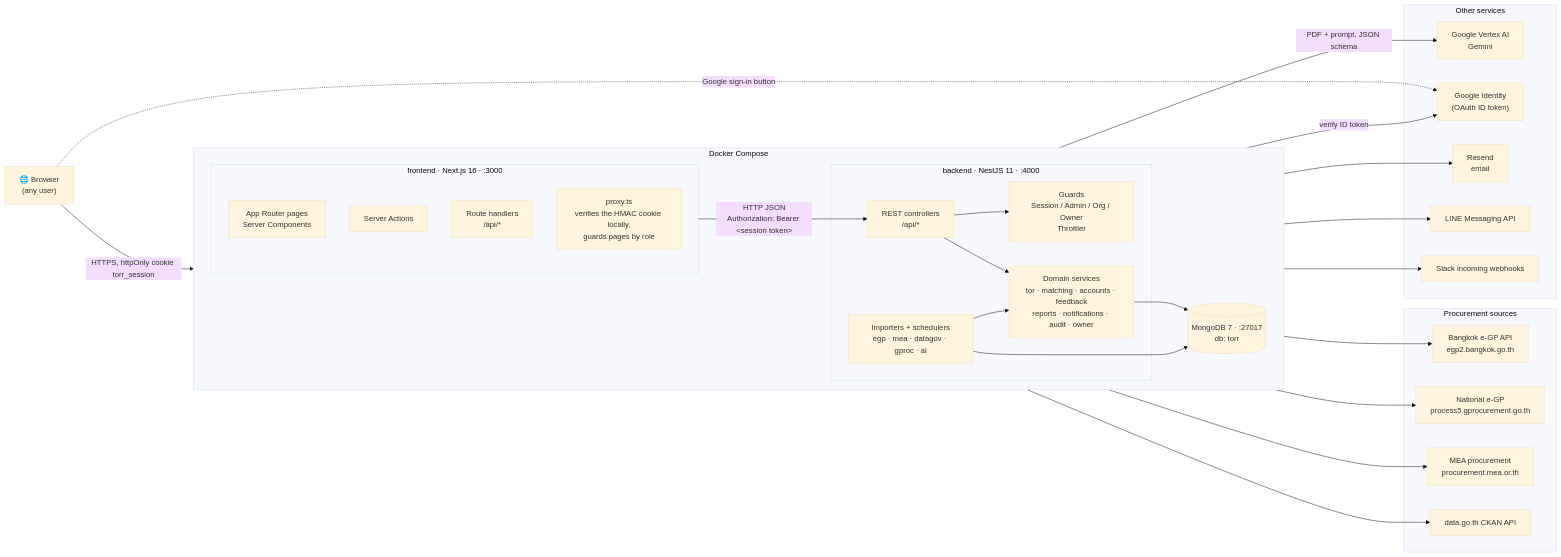
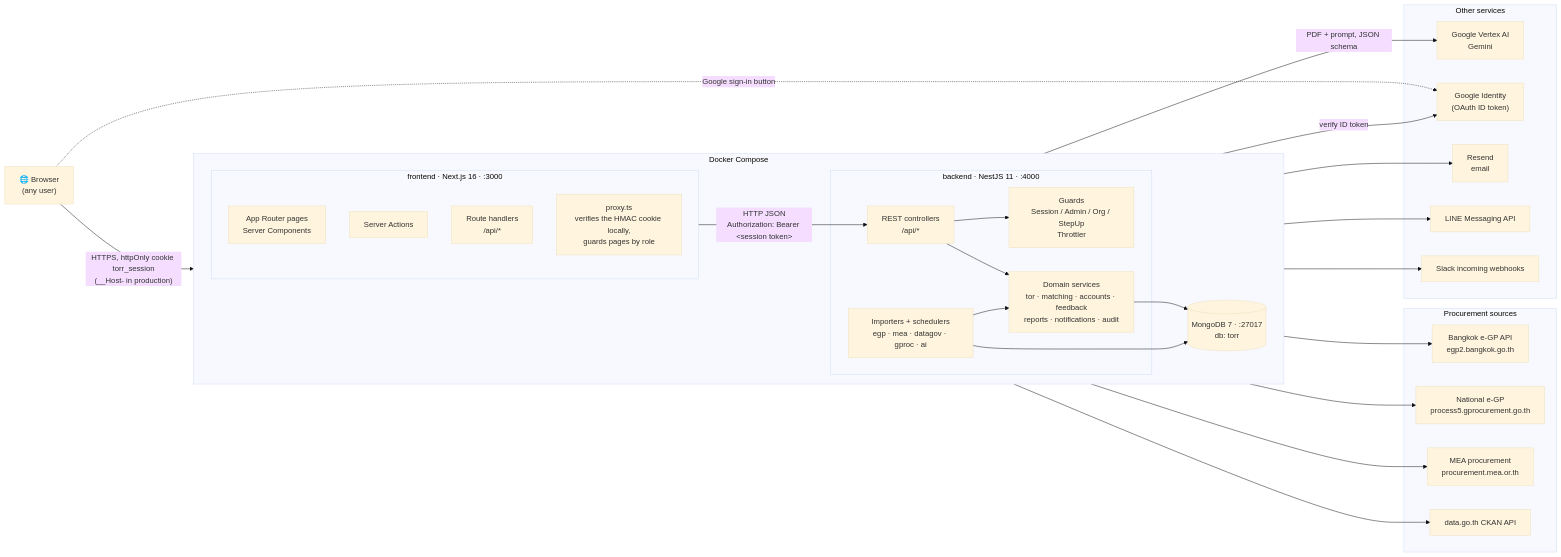
One commit to PhomMaiWai/TorFinder changed the first of 2 diagrams in docs/design/system-architecture.md. Above: the diagram before and after it, drawn with Mermaid (base theme). The commit also changed other lines of this file and 26 other files, not shown here.

````diff
--- a/docs/design/system-architecture.md
+++ b/docs/design/system-architecture.md
@@ -9,49 +11,49 @@
 ```mermaid
 flowchart LR
     Browser["🌐 Browser<br/>(any user)"]
 
     subgraph Compose["Docker Compose"]
         direction LR
         subgraph FE["frontend · Next.js 16 · :3000"]
             Pages["App Router pages<br/>Server Components"]
             Actions["Server Actions"]
             Routes["Route handlers<br/>/api/*"]
             MW["proxy.ts<br/>verifies the HMAC cookie locally,<br/>guards pages by role"]
         end
         subgraph BE["backend · NestJS 11 · :4000"]
-            Guards["Guards<br/>Session / Admin / Org / Owner<br/>Throttler"]
+            Guards["Guards<br/>Session / Admin / Org / StepUp<br/>Throttler"]
             Controllers["REST controllers<br/>/api/*"]
-            Services["Domain services<br/>tor · matching · accounts · feedback<br/>reports · notifications · audit · owner"]
+            Services["Domain services<br/>tor · matching · accounts · feedback<br/>reports · notifications · audit"]
             Importers["Importers + schedulers<br/>egp · mea · datagov · gproc · ai"]
         end
         DB[("MongoDB 7 · :27017<br/>db: torr")]
     end
 
     subgraph Sources["Procurement sources"]
         EGP["Bangkok e-GP API<br/>egp2.bangkok.go.th"]
         GPROC["National e-GP<br/>process5.gprocurement.go.th"]
         MEA["MEA procurement<br/>procurement.mea.or.th"]
         DATAGOV["data.go.th CKAN API"]
     end
 
     subgraph Cloud["Other services"]
         VERTEX["Google Vertex AI<br/>Gemini"]
         GOOGLE["Google Identity<br/>(OAuth ID token)"]
         RESEND["Resend<br/>email"]
         LINE["LINE Messaging API"]
         SLACK["Slack incoming webhooks"]
     end
 
-    Browser -- "HTTPS, httpOnly cookie torr_session" --> FE
+    Browser -- "HTTPS, httpOnly cookie torr_session<br/>(__Host- in production)" --> FE
     Browser -. "Google sign-in button" .-> GOOGLE
     FE -- "HTTP JSON<br/>Authorization: Bearer &lt;session token&gt;" --> Controllers
     Controllers --> Guards
     Controllers --> Services
     Importers --> Services
     Services --> DB
     Importers --> DB
     Importers --> EGP & GPROC & MEA & DATAGOV
     Importers -- "PDF + prompt, JSON schema" --> VERTEX
     Services -- "verify ID token" --> GOOGLE
     Services --> RESEND & LINE & SLACK
 ```
````
